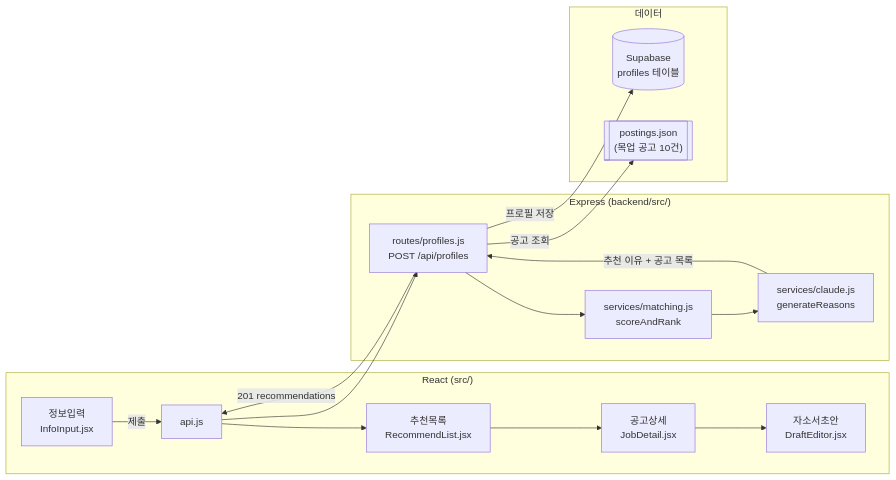
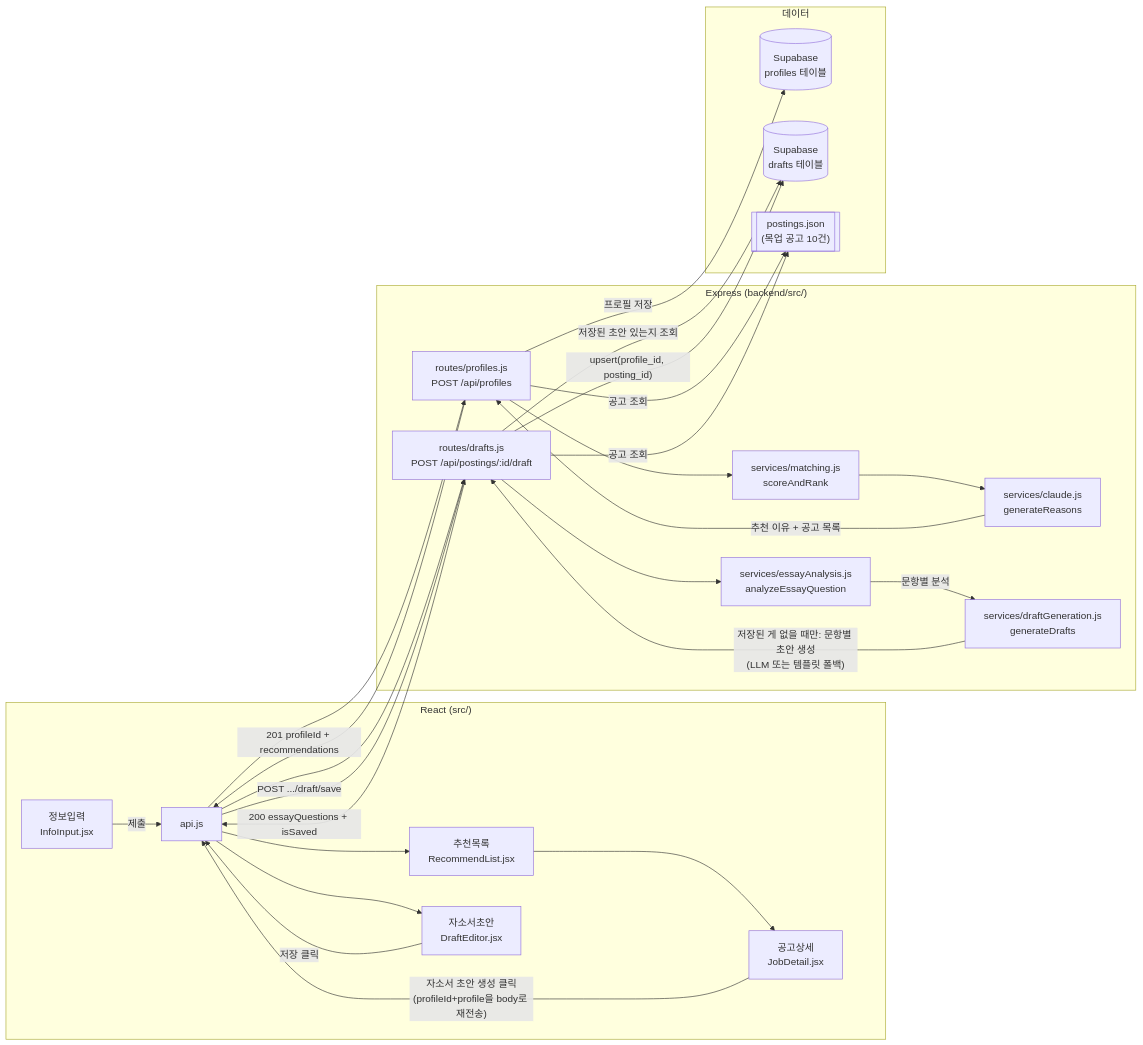
Before and after one commit to Mureung1/hub-showcase: the first of 4 diagrams in README.md, drawn with Mermaid. The commit also changed other lines of this file and 7 other files, not shown here.

First line of the commit message:
feat: persist essay drafts to Supabase instead of session-local only

````diff
--- a/README.md
+++ b/README.md
@@ -11,30 +11,44 @@
 ```mermaid
 flowchart LR
     subgraph Frontend["React (src/)"]
         InfoInput["정보입력\nInfoInput.jsx"]
         RecommendList["추천목록\nRecommendList.jsx"]
         JobDetail["공고상세\nJobDetail.jsx"]
         DraftEditor["자소서초안\nDraftEditor.jsx"]
         Api["api.js"]
     end
 
     subgraph Backend["Express (backend/src/)"]
         ProfilesRoute["routes/profiles.js\nPOST /api/profiles"]
+        DraftsRoute["routes/drafts.js\nPOST /api/postings/:id/draft"]
         Matching["services/matching.js\nscoreAndRank"]
         Claude["services/claude.js\ngenerateReasons"]
+        EssayAnalysis["services/essayAnalysis.js\nanalyzeEssayQuestion"]
+        DraftGen["services/draftGeneration.js\ngenerateDrafts"]
     end
 
     subgraph Data["데이터"]
-        Supabase[("Supabase\nprofiles 테이블")]
+        Profiles[("Supabase\nprofiles 테이블")]
+        Drafts[("Supabase\ndrafts 테이블")]
         Postings[["postings.json\n(목업 공고 10건)"]]
     end
 
     InfoInput -->|"제출"| Api --> ProfilesRoute
-    ProfilesRoute -->|"프로필 저장"| Supabase
+    ProfilesRoute -->|"프로필 저장"| Profiles
     ProfilesRoute -->|"공고 조회"| Postings
     ProfilesRoute --> Matching
     Matching --> Claude
     Claude -->|"추천 이유 + 공고 목록"| ProfilesRoute
-    ProfilesRoute -->|"201 recommendations"| Api
-    Api --> RecommendList --> JobDetail --> DraftEditor
+    ProfilesRoute -->|"201 profileId + recommendations"| Api
+    Api --> RecommendList --> JobDetail
+
+    JobDetail -->|"자소서 초안 생성 클릭\n(profileId+profile을 body로 재전송)"| Api --> DraftsRoute
+    DraftsRoute -->|"공고 조회"| Postings
+    DraftsRoute -->|"저장된 초안 있는지 조회"| Drafts
+    DraftsRoute --> EssayAnalysis
+    EssayAnalysis -->|"문항별 분석"| DraftGen
+    DraftGen -->|"저장된 게 없을 때만: 문항별 초안 생성\n(LLM 또는 템플릿 폴백)"| DraftsRoute
+    DraftsRoute -->|"200 essayQuestions + isSaved"| Api --> DraftEditor
+    DraftEditor -->|"저장 클릭"| Api -->|"POST .../draft/save"| DraftsRoute
+    DraftsRoute -->|"upsert(profile_id, posting_id)"| Drafts
 ```
````
